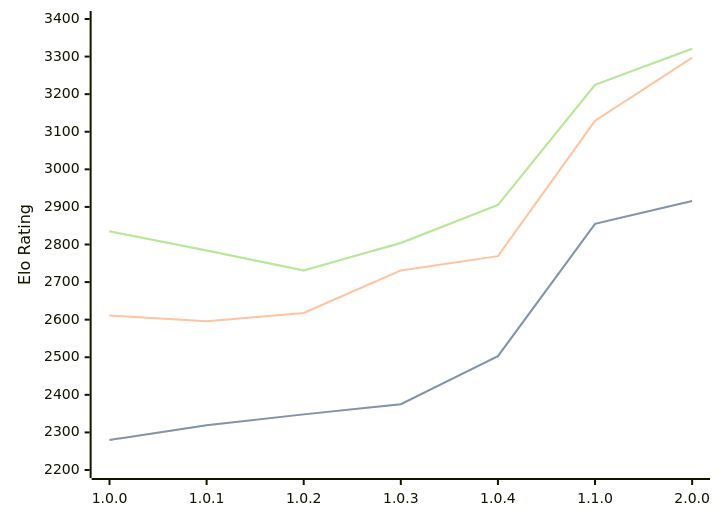
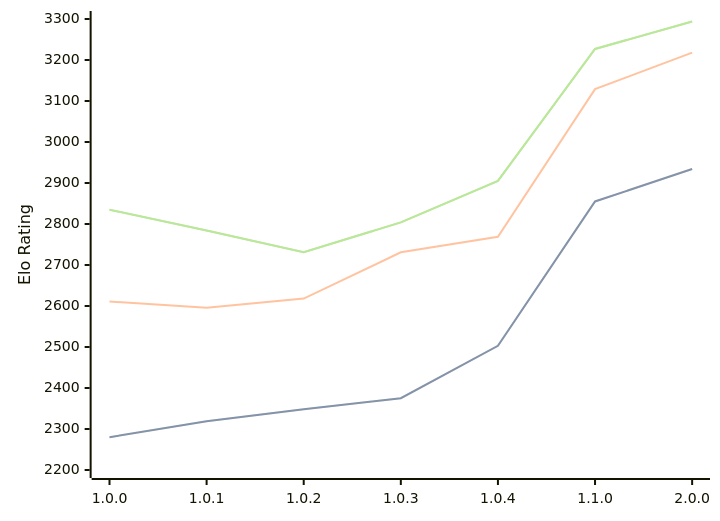
The diagram in engines/Grail.md (computer-chess-index/cci), drawn with Mermaid before and after one commit. The commit also changed other lines of this file, not shown here.

Commit message:
Update CCI Ratings (ELO VLTC) - 2026-05-13

````diff
--- a/engines/Grail.md
+++ b/engines/Grail.md
@@ -37,11 +37,11 @@
 ```mermaid
 %%{init: {"theme":"base","themeVariables":{"seriesColors:['#a3a3a3','#222221','#faa371']}}}%%
 xychart-beta
   x-axis ["1.0.0", "1.0.1", "1.0.2", "1.0.3", "1.0.4", "1.1.0", "2.0.0"]
-  y-axis "Elo Rating" 2200 --> 3400
-  line "STC (8.0+0.08s)" [2280, 2319, 2348, 2375, 2503, 2855, 2916]
-  line "STC (8.0+0.08s)" [2280, 2319, 2348, 2375, 2503, 2855, 2916]
-  line "LTC (60.0+0.60s)" [2611, 2596, 2618, 2731, 2769, 3129, 3297]
-  line "VLTC (2m24s+1.12s)" [2835, 2784, 2731, 2804, 2905, 3225, 3321]
-  line "VLTC (2m24s+1.12s)" [2835, 2784, 2731, 2804, 2905, 3225, 3321]
+  y-axis "Elo Rating" 2200 --> 3300
+  line "STC (8.0+0.08s)" [2280, 2319, 2348, 2375, 2503, 2855, 2934]
+  line "STC (8.0+0.08s)" [2280, 2319, 2348, 2375, 2503, 2855, 2934]
+  line "LTC (60.0+0.60s)" [2611, 2596, 2618, 2731, 2769, 3129, 3218]
+  line "VLTC (2m24s+1.12s)" [2835, 2784, 2731, 2804, 2905, 3227, 3294]
+  line "VLTC (2m24s+1.12s)" [2835, 2784, 2731, 2804, 2905, 3227, 3294]
 ```
````
